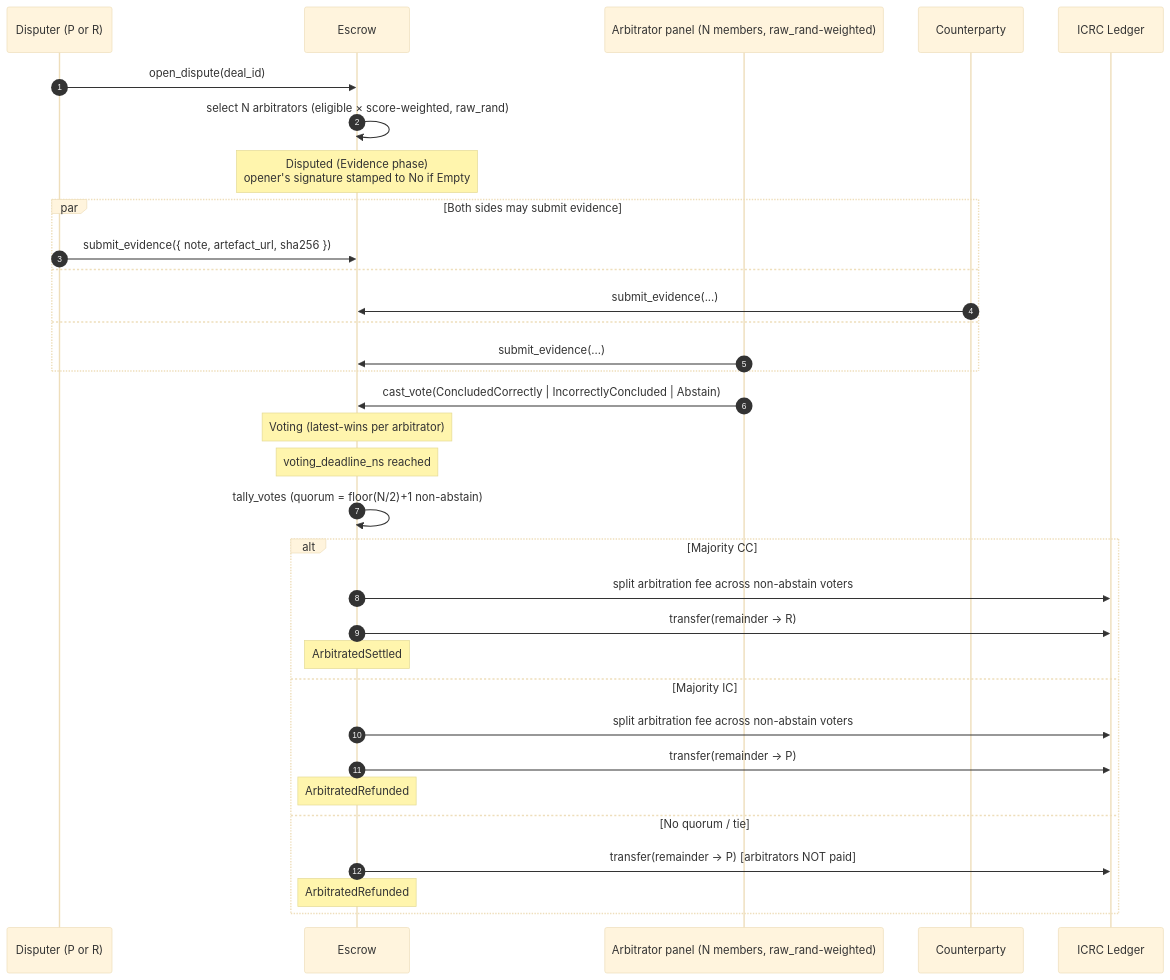
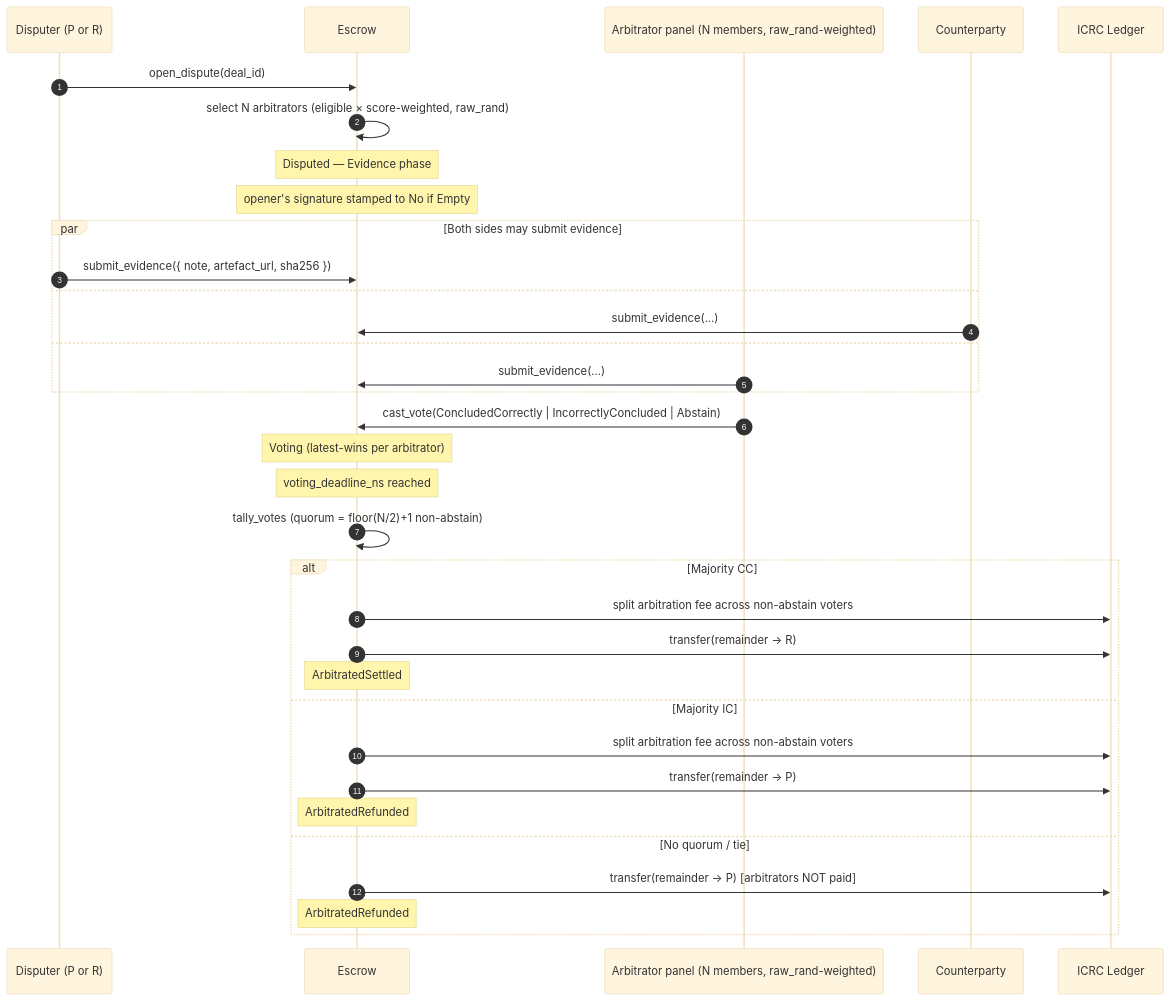
One commit to AntonioVentilii/escrow changed the second of 4 diagrams in docs/flows/dispute.md. Above: the diagram before and after it, drawn with Mermaid (base theme). The commit also changed 3 other files, not shown here.

````diff
--- a/docs/flows/dispute.md
+++ b/docs/flows/dispute.md
@@ -20,43 +20,44 @@
 ```mermaid
 sequenceDiagram
     autonumber
     participant D as Disputer (P or R)
     participant E as Escrow
     participant Panel as Arbitrator panel (N members, raw_rand-weighted)
     participant CP as Counterparty
     participant L as ICRC Ledger
 
     D->>E: open_dispute(deal_id)
     E->>E: select N arbitrators (eligible × score-weighted, raw_rand)
-    Note over E: Disputed (Evidence phase)<br/>opener's signature stamped to No if Empty
+    Note over E: Disputed — Evidence phase
+    Note over E: opener's signature stamped to No if Empty
 
     %% --- Evidence window (default 3 days) ---
     par Both sides may submit evidence
         D->>E: submit_evidence({ note, artefact_url, sha256 })
     and
         CP->>E: submit_evidence(...)
     and
         Panel->>E: submit_evidence(...)
     end
 
     %% --- Voting window (default 2 days, opens at evidence_deadline) ---
     Panel->>E: cast_vote(ConcludedCorrectly | IncorrectlyConcluded | Abstain)
     Note over E: Voting (latest-wins per arbitrator)
 
     %% --- Finalize: anyone (non-anon) after voting deadline; sweep does it automatically ---
     Note over E: voting_deadline_ns reached
     E->>E: tally_votes (quorum = floor(N/2)+1 non-abstain)
 
     alt Majority CC
         E->>L: split arbitration fee across non-abstain voters
         E->>L: transfer(remainder → R)
         Note over E: ArbitratedSettled
     else Majority IC
         E->>L: split arbitration fee across non-abstain voters
         E->>L: transfer(remainder → P)
         Note over E: ArbitratedRefunded
     else No quorum / tie
         E->>L: transfer(remainder → P) [arbitrators NOT paid]
         Note over E: ArbitratedRefunded
     end
 ```
````
